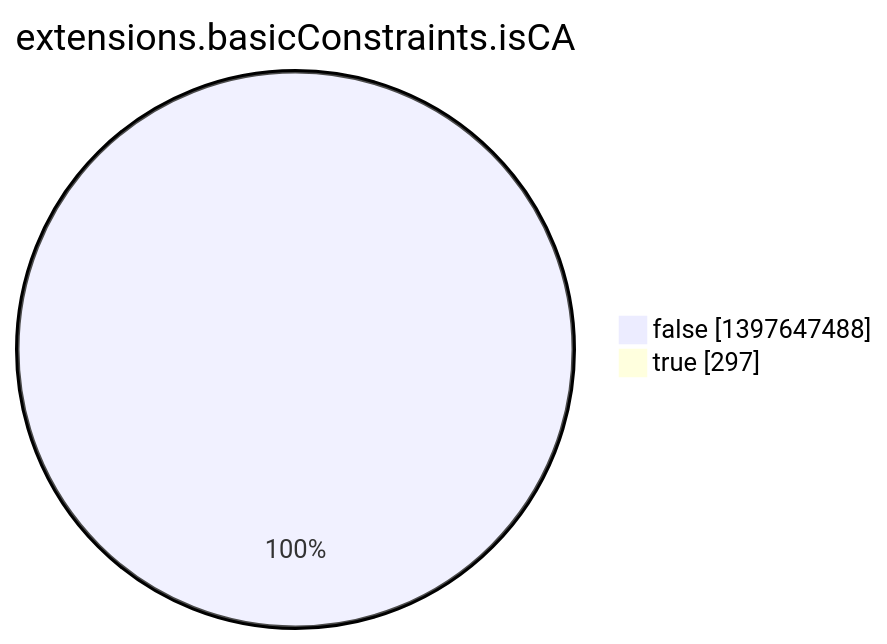
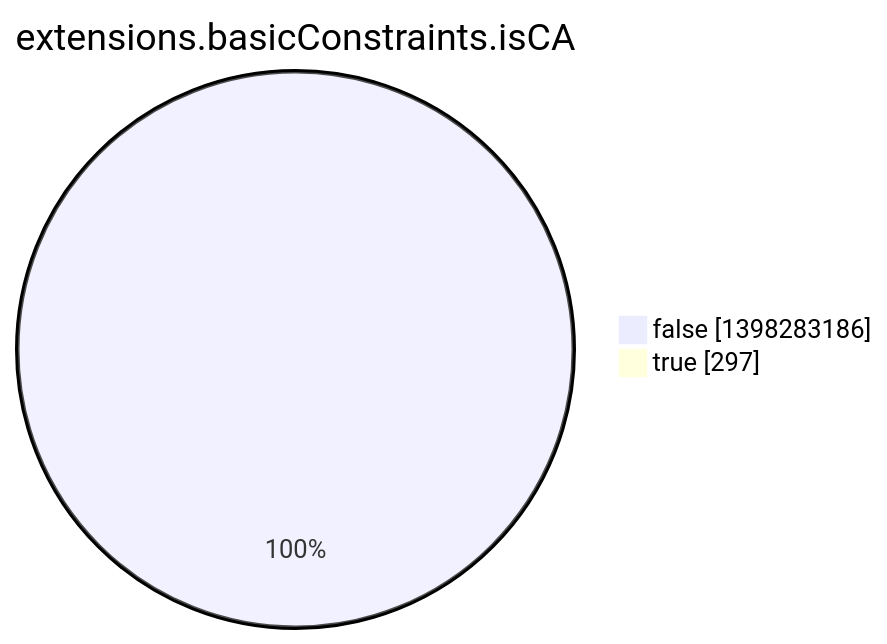
The eighth of 15 diagrams in argon2022/README.md (christiankrug/ctmonitor_visualization), drawn with Mermaid before and after one commit. The commit also changed other lines of this file, not shown here.

````diff
--- a/argon2022/README.md
+++ b/argon2022/README.md
@@ -2759,6 +2759,6 @@
 ```mermaid
 pie showData
 title extensions.basicConstraints.isCA
-"false" :1397647488
+"false" :1398283186
 "true" :297
 ```
````
